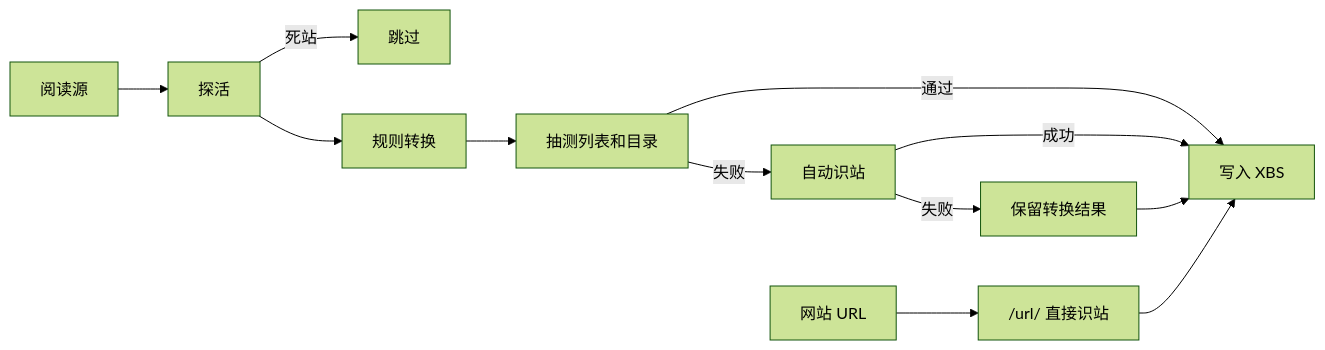
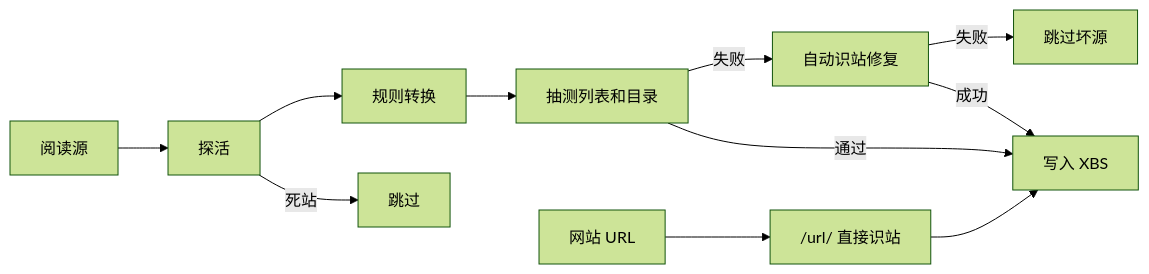
The diagram in README.md (baixiaoshengofficial/read2xsgg), drawn with Mermaid (forest theme) before and after one commit. The commit also changed other lines of this file and 10 other files, not shown here.

````diff
--- a/README.md
+++ b/README.md
@@ -239,14 +239,13 @@
 ```mermaid
 flowchart LR
   legado[阅读源] --> probe[探活]
   probe -->|死站| skip1[跳过]
   probe --> convert[规则转换]
   convert --> verify[抽测列表和目录]
   verify -->|通过| xbs[写入 XBS]
-  verify -->|失败| analyze[自动识站]
+  verify -->|失败| analyze[自动识站修复]
   analyze -->|成功| xbs
-  analyze -->|失败| soft[保留转换结果]
-  soft --> xbs
+  analyze -->|失败| skip2[跳过坏源]
   siteUrl[网站 URL] --> analyzeDirect["/url/ 直接识站"]
   analyzeDirect --> xbs
 ```
````
